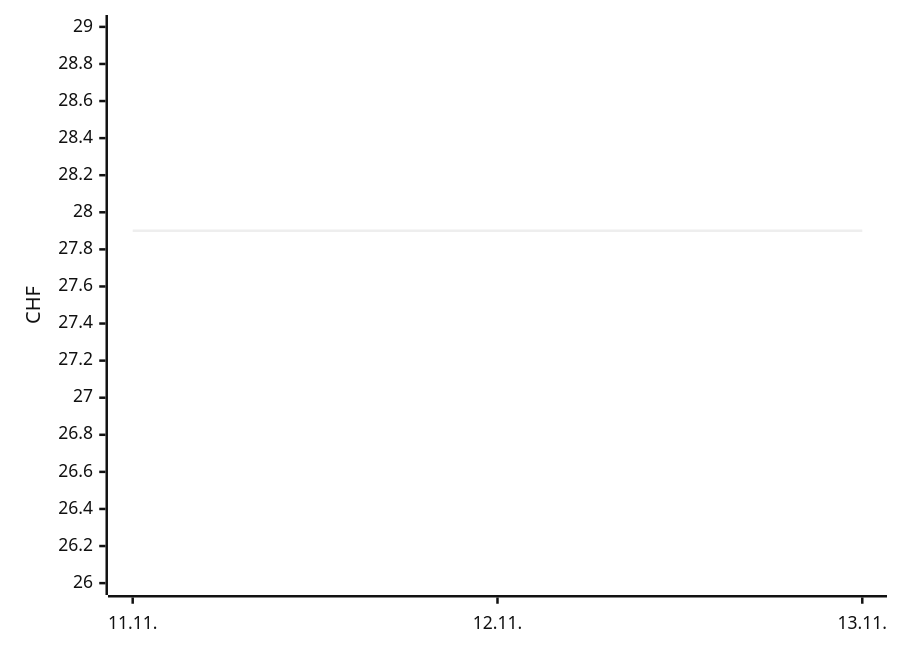
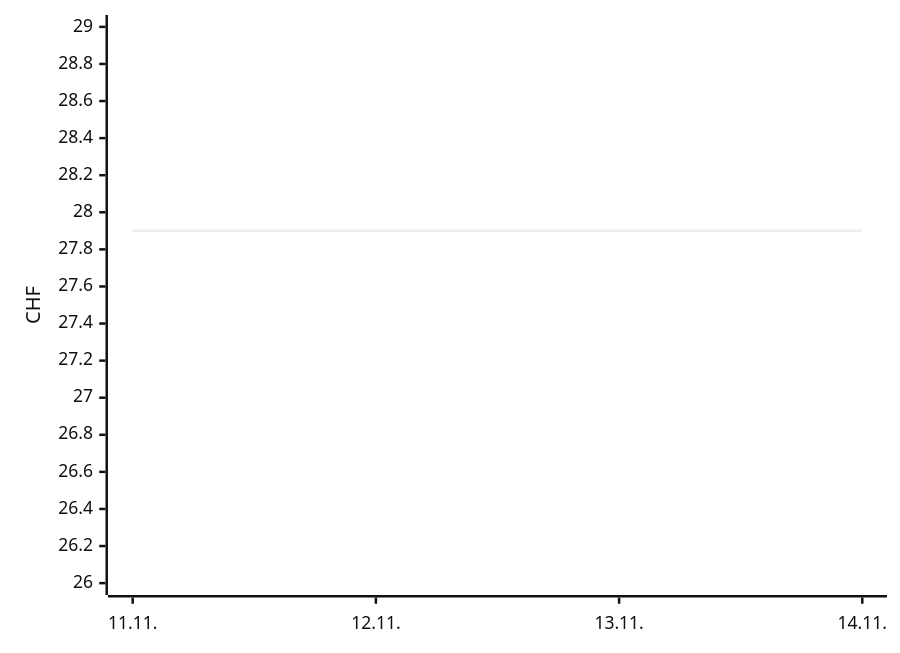
Before and after one commit to Akira2828/my-Galaxus-MCP: the first of 2 diagrams in README.md, drawn with Mermaid (neutral theme). The commit also changed other lines of this file and 1 other file, not shown here.

````diff
--- a/README.md
+++ b/README.md
@@ -16,6 +16,6 @@
 ```mermaid
 xychart-beta
-  x-axis ["11.11.", "12.11.", "13.11."]
+  x-axis ["11.11.", "12.11.", "13.11.", "14.11."]
   y-axis "CHF" 26 --> 29
-  line [27.9, 27.9, 27.9]
+  line [27.9, 27.9, 27.9, 27.9]
 ```
````
